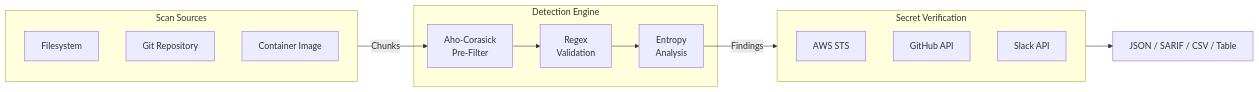
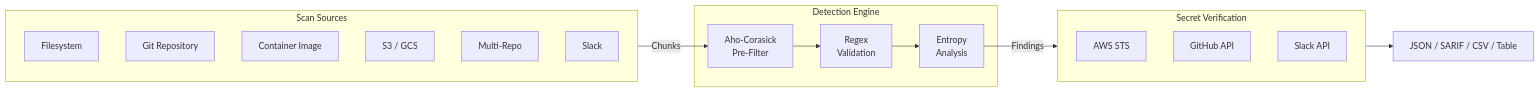
Before and after one commit to actions-marketplace-validations/HodeTech_Leakwatch: the first of 4 diagrams in docs/guides/getting-started.md, drawn with Mermaid. The commit also changed other lines of this file and 7 other files, not shown here.

````diff
--- a/docs/guides/getting-started.md
+++ b/docs/guides/getting-started.md
@@ -21,26 +21,29 @@
 ```mermaid
 flowchart LR
     subgraph Kaynaklar["Scan Sources"]
         S1["Filesystem"]
         S2["Git Repository"]
         S3["Container Image"]
+        S4["S3 / GCS"]
+        S5["Multi-Repo"]
+        S6["Slack"]
     end
 
     subgraph Motor["Detection Engine"]
         E1["Aho-Corasick\nPre-Filter"]
         E2["Regex\nValidation"]
         E3["Entropy\nAnalysis"]
     end
 
     subgraph Dogrulama["Secret Verification"]
         V1["AWS STS"]
         V2["GitHub API"]
         V3["Slack API"]
     end
 
     Kaynaklar -->|Chunks| E1
     E1 --> E2
     E2 --> E3
     E3 -->|Findings| Dogrulama
     Dogrulama --> Cikti["JSON / SARIF / CSV / Table"]
 ```
````
